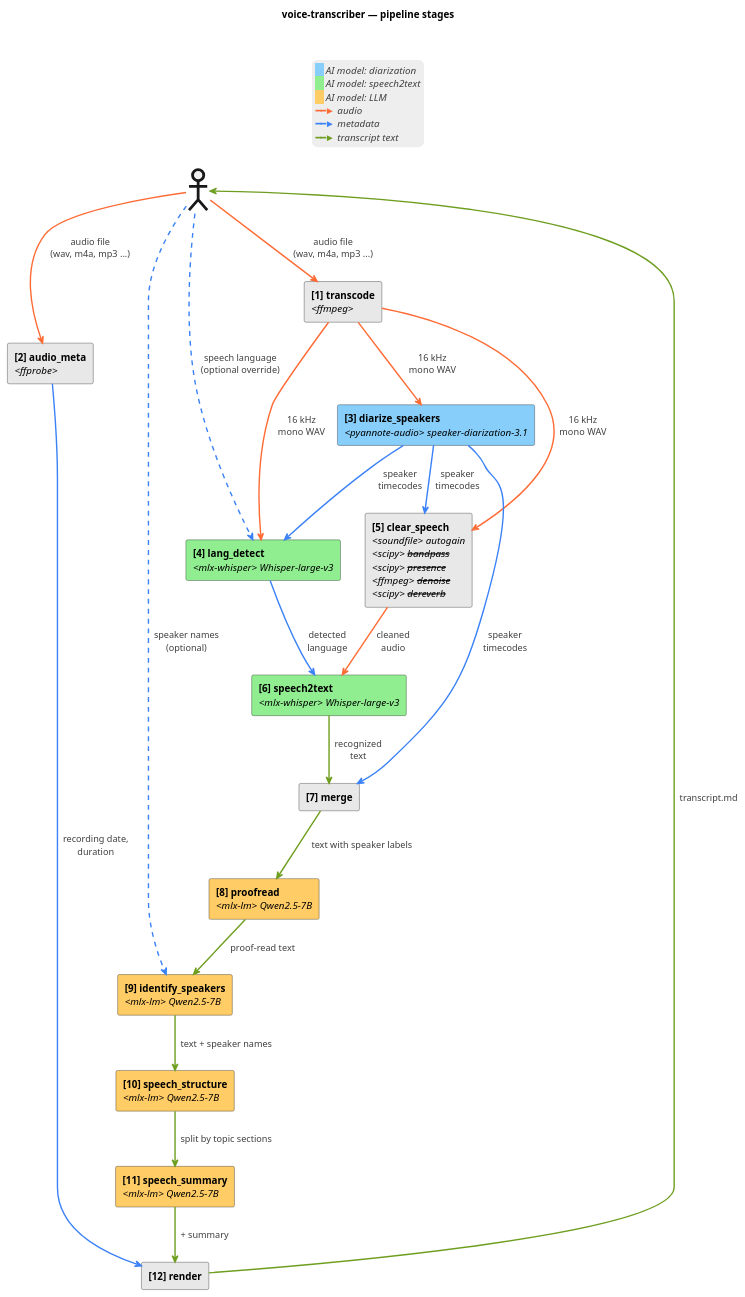
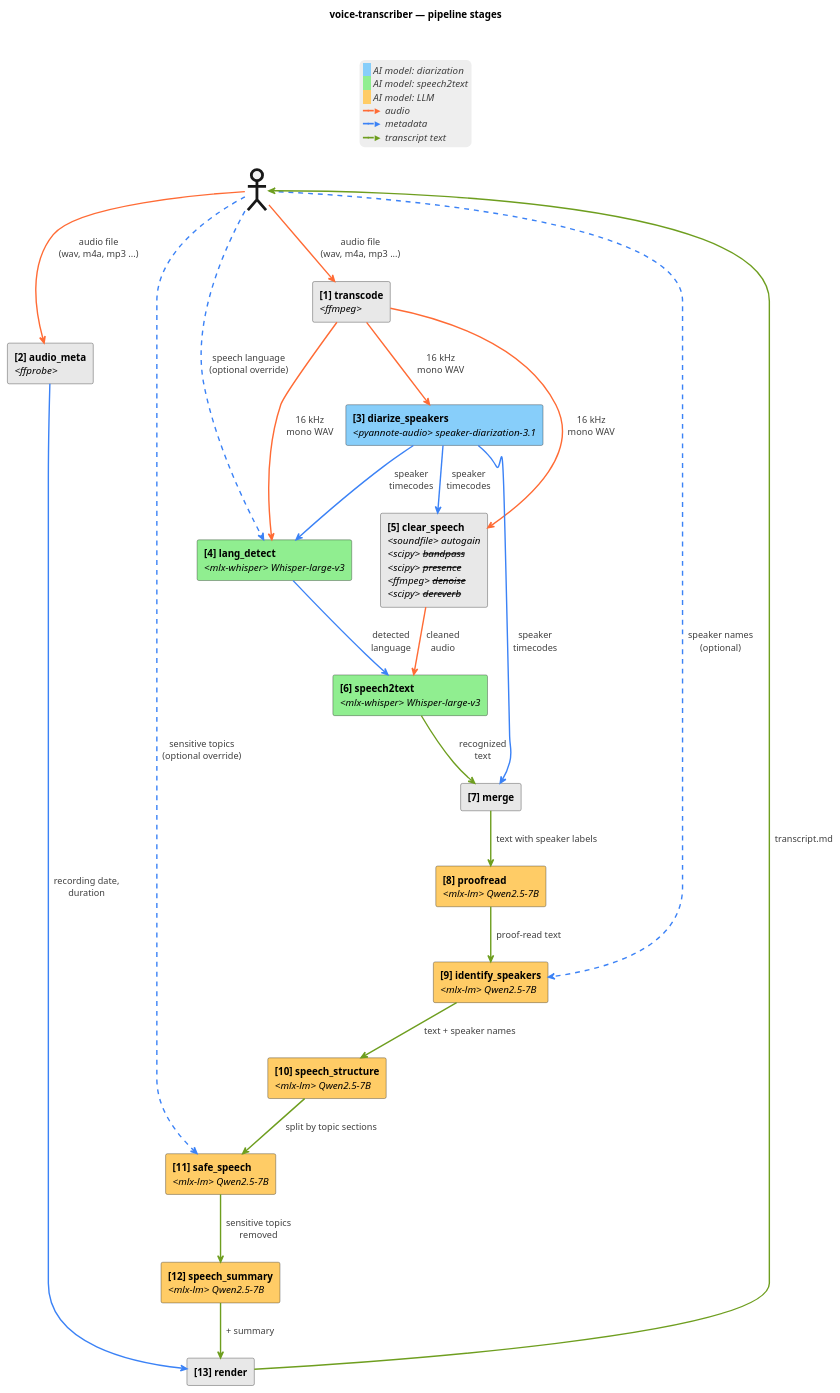
The diagram in docs/architecture.md (artem-from-ua/voice-transcriber), drawn with PlantUML before and after one commit. The commit also changed other lines of this file and 25 other files, not shown here.

First line of the commit message:
Add safe_speech stage for sensitive-content redaction (v0.27.0) (#99)

````diff
--- a/docs/architecture.md
+++ b/docs/architecture.md
@@ -23,69 +23,72 @@
 ```plantuml
 @startuml
 title voice-transcriber — pipeline stages
 skinparam componentStyle rectangle
 skinparam ArrowThickness 2
 skinparam legendBorderColor transparent
 skinparam legendBackgroundColor #EEEEEE
 
 <style>
   document {
     Margin 25
   }
   actor {
     LineThickness 4
     Margin 5
     Padding 5
   }
 </style>
 
 actor " " as User
 
 component "<b>[1] transcode</b>\n<i><ffmpeg></i>" as WAV #E8E8E8
 component "<b>[2] audio_meta</b>\n<i><ffprobe></i>" as FF #E8E8E8
 component "<b>[3] diarize_speakers</b>\n<i><pyannote-audio> speaker-diarization-3.1</i>" as Diar #87CEFA
 component "<b>[4] lang_detect</b>\n<i><mlx-whisper> Whisper-large-v3</i>" as LangDet #90EE90
 component "<b>[5] clear_speech</b>\n<i><soundfile> autogain</i>\n<i><scipy> <s>bandpass</s></i>\n<i><scipy> <s>presence</s></i>\n<i><ffmpeg> <s>denoise</s></i>\n<i><scipy> <s>dereverb</s></i>" as CS #E8E8E8
 component "<b>[6] speech2text</b>\n<i><mlx-whisper> Whisper-large-v3</i>" as ASR #90EE90
 component "<b>[7] merge</b>" as Merge #E8E8E8
 component "<b>[8] proofread</b>\n<i><mlx-lm> Qwen2.5-7B</i>" as Post #FFCC66
 component "<b>[9] identify_speakers</b>\n<i><mlx-lm> Qwen2.5-7B</i>" as Ident #FFCC66
 component "<b>[10] speech_structure</b>\n<i><mlx-lm> Qwen2.5-7B</i>" as Struct #FFCC66
-component "<b>[11] speech_summary</b>\n<i><mlx-lm> Qwen2.5-7B</i>" as TLDR #FFCC66
-component "<b>[12] render</b>" as Render #E8E8E8
+component "<b>[11] safe_speech</b>\n<i><mlx-lm> Qwen2.5-7B</i>" as Safe #FFCC66
+component "<b>[12] speech_summary</b>\n<i><mlx-lm> Qwen2.5-7B</i>" as TLDR #FFCC66
+component "<b>[13] render</b>" as Render #E8E8E8
 
 User -[#FF6B35]-> FF : <color:#404040>  audio file</color>\n<color:#404040>  (wav, m4a, mp3 ...)</color>
 User -[#FF6B35]-> WAV : <color:#404040>  audio file</color>\n<color:#404040>  (wav, m4a, mp3 ...)</color>
 User -[#3B82F6,dashed]-> LangDet : <color:#404040>  speech language</color>\n<color:#404040>  (optional override)</color>
 User -[#3B82F6,dashed]-> Ident : <color:#404040>  speaker names</color>\n<color:#404040>  (optional)</color>
+User -[#3B82F6,dashed]-> Safe : <color:#404040>  sensitive topics</color>\n<color:#404040>  (optional override)</color>
 
 WAV -[#FF6B35]-> Diar : <color:#404040>  16 kHz</color>\n<color:#404040>  mono WAV</color>
 WAV -[#FF6B35]-> LangDet : <color:#404040>  16 kHz</color>\n<color:#404040>  mono WAV</color>
 WAV -[#FF6B35]-> CS : <color:#404040>  16 kHz</color>\n<color:#404040>  mono WAV</color>
 Diar -[#3B82F6]-> LangDet : <color:#404040>  speaker</color>\n<color:#404040>  timecodes</color>
 Diar -[#3B82F6]-> CS : <color:#404040>  speaker</color>\n<color:#404040>  timecodes</color>
 LangDet -[#3B82F6]-> ASR : <color:#404040>  detected</color>\n<color:#404040>  language</color>
 CS -[#FF6B35]-> ASR : <color:#404040>  cleaned</color>\n<color:#404040>  audio</color>
 
 ASR -[#6E9E1F]-> Merge : <color:#404040>  recognized</color>\n<color:#404040>  text</color>
 Diar -[#3B82F6]-> Merge : <color:#404040>  speaker</color>\n<color:#404040>  timecodes</color>
 
 Merge -[#6E9E1F]-> Post : <color:#404040>  text with speaker labels</color>
 Post -[#6E9E1F]-> Ident : <color:#404040>  proof-read text</color>
 Ident -[#6E9E1F]-> Struct : <color:#404040>  text + speaker names</color>
-Struct -[#6E9E1F]-> TLDR : <color:#404040>  split by topic sections</color>
+Struct -[#6E9E1F]-> Safe : <color:#404040>  split by topic sections</color>
+Safe -[#6E9E1F]-> TLDR : <color:#404040>  sensitive topics</color>\n<color:#404040>  removed</color>
 
 FF -[#3B82F6]-> Render : <color:#404040>  recording date,</color>\n<color:#404040>  duration</color>
 TLDR -[#6E9E1F]-> Render : <color:#404040>  + summary</color>
 Render -[#6E9E1F]-> User : <color:#404040>  transcript.md</color>
 
 legend top center
   <back:#87CEFA>   </back> <i><color:#404040>AI model: diarization</color></i>
   <back:#90EE90>   </back> <i><color:#404040>AI model: speech2text</color></i>
   <back:#FFCC66>   </back> <i><color:#404040>AI model: LLM</color></i>
   <color:#FF6B35>━━►</color> <i><color:#404040>audio</color></i>
   <color:#3B82F6>━━►</color> <i><color:#404040>metadata</color></i>
   <color:#6E9E1F>━━►</color> <i><color:#404040>transcript text</color></i>
 end legend
 @enduml
 ```
````
